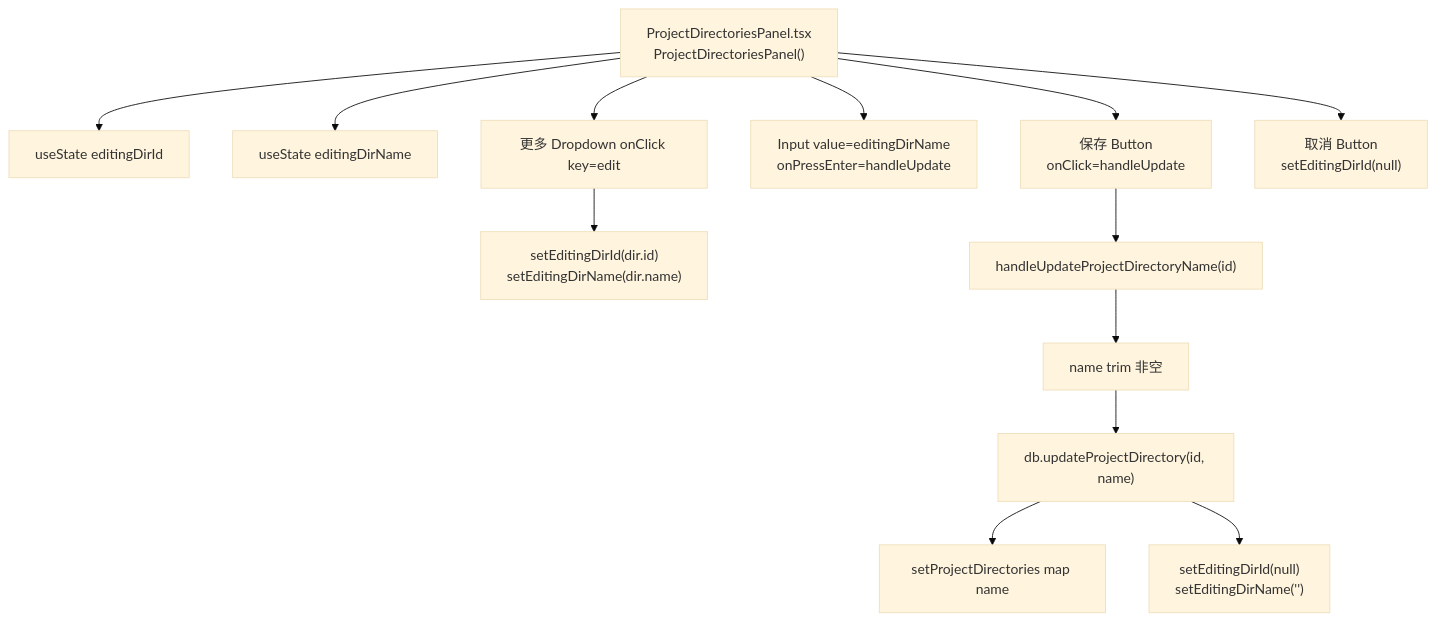
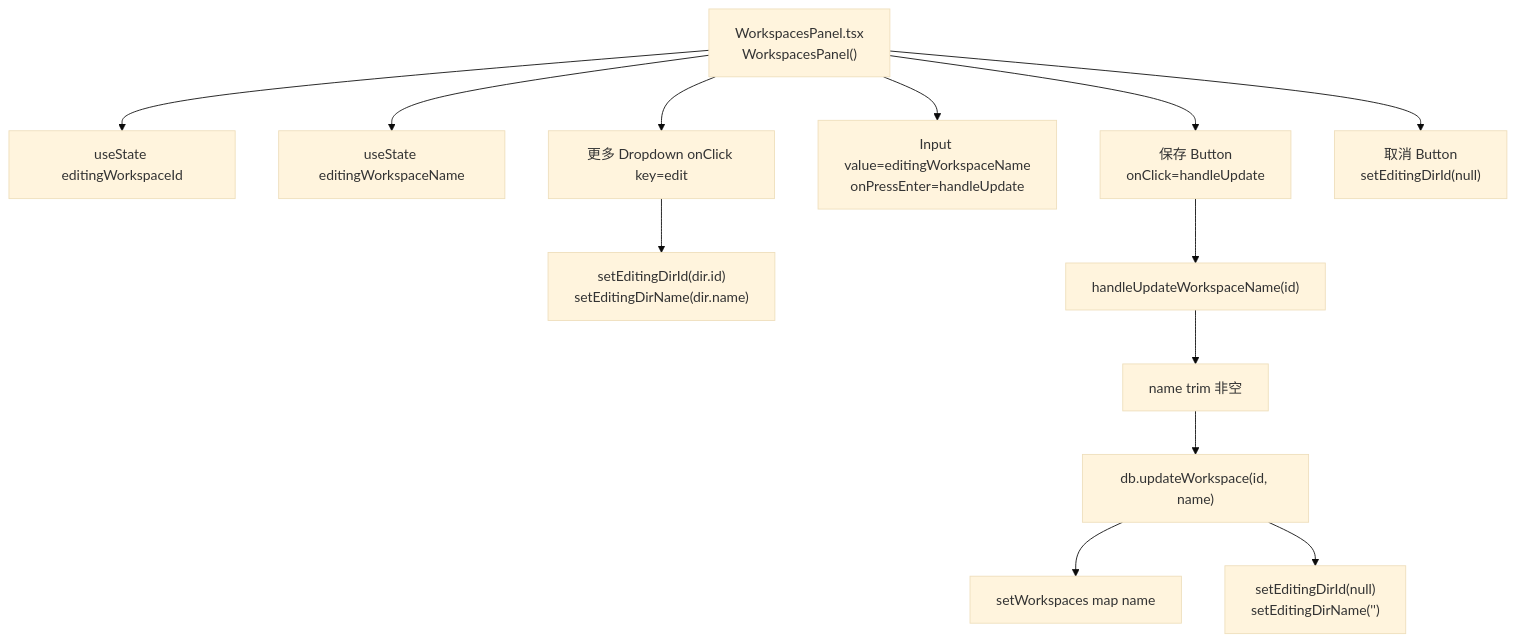
Before and after one commit to weibaohui/ntd: the second of 4 diagrams in frontend/src/help/pages/ws-rename.md, drawn with Mermaid (base theme). The commit also changed other lines of this file and 122 other files, not shown here.

First line of the commit message:
refactor(104): 工作空间命名统一——project_directory 全套改为 workspace (#1054)

````diff
--- a/frontend/src/help/pages/ws-rename.md
+++ b/frontend/src/help/pages/ws-rename.md
@@ -19,15 +19,15 @@
 ```mermaid
 flowchart TD
-  Panel["ProjectDirectoriesPanel.tsx<br>ProjectDirectoriesPanel()"] --> editingDirIdState["useState editingDirId"]
-  Panel --> editingDirNameState["useState editingDirName"]
+  Panel["WorkspacesPanel.tsx<br>WorkspacesPanel()"] --> editingWorkspaceIdState["useState editingWorkspaceId"]
+  Panel --> editingWorkspaceNameState["useState editingWorkspaceName"]
   Panel --> Dropdown["更多 Dropdown onClick key=edit"]
   Dropdown --> setEditingDir["setEditingDirId(dir.id)<br>setEditingDirName(dir.name)"]
-  Panel --> EditInput["Input value=editingDirName<br>onPressEnter=handleUpdate"]
+  Panel --> EditInput["Input value=editingWorkspaceName<br>onPressEnter=handleUpdate"]
   Panel --> SaveBtn["保存 Button<br>onClick=handleUpdate"]
   Panel --> CancelBtn["取消 Button<br>setEditingDirId(null)"]
-  SaveBtn --> handleUpdateProjectDirectoryName["handleUpdateProjectDirectoryName(id)"]
-  handleUpdateProjectDirectoryName --> trimCheck["name trim 非空"]
-  trimCheck --> db1["db.updateProjectDirectory(id, name)"]
-  db1 --> setProjectDirectories["setProjectDirectories map name"]
+  SaveBtn --> handleUpdateWorkspaceName["handleUpdateWorkspaceName(id)"]
+  handleUpdateWorkspaceName --> trimCheck["name trim 非空"]
+  trimCheck --> db1["db.updateWorkspace(id, name)"]
+  db1 --> setWorkspaces["setWorkspaces map name"]
   db1 --> resetEdit["setEditingDirId(null)<br>setEditingDirName('')"]
 ```
````
